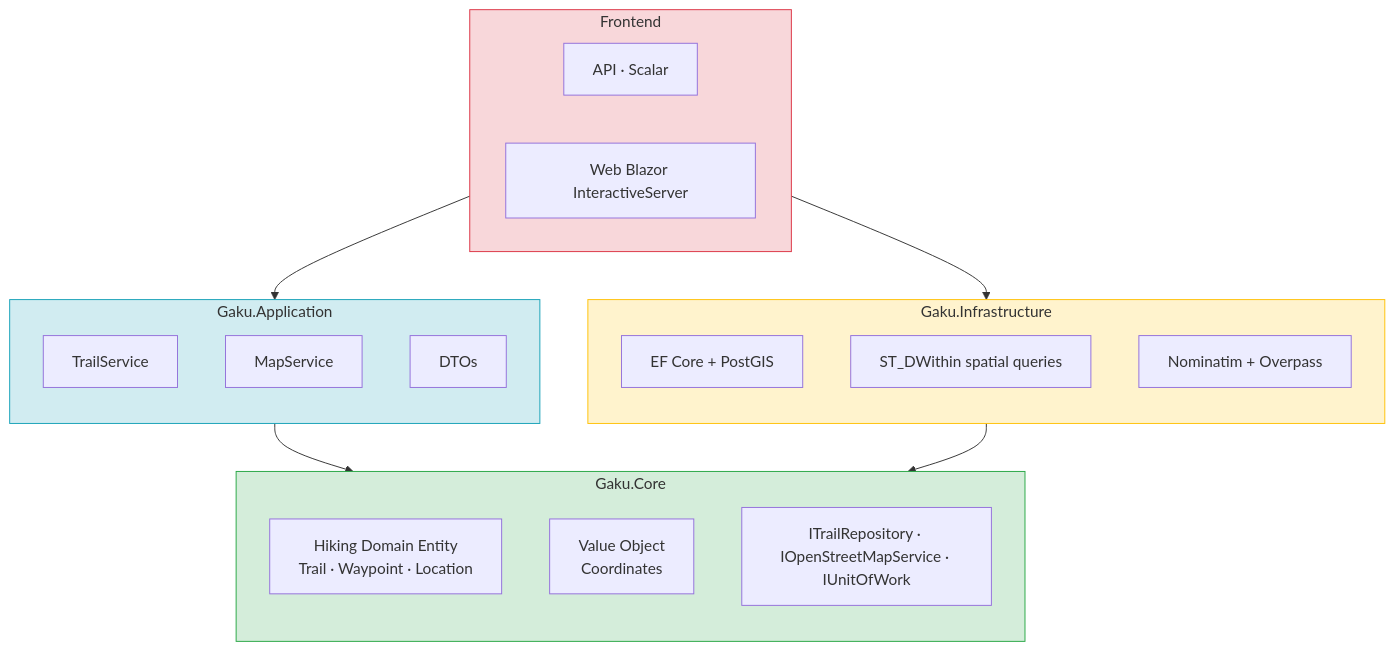
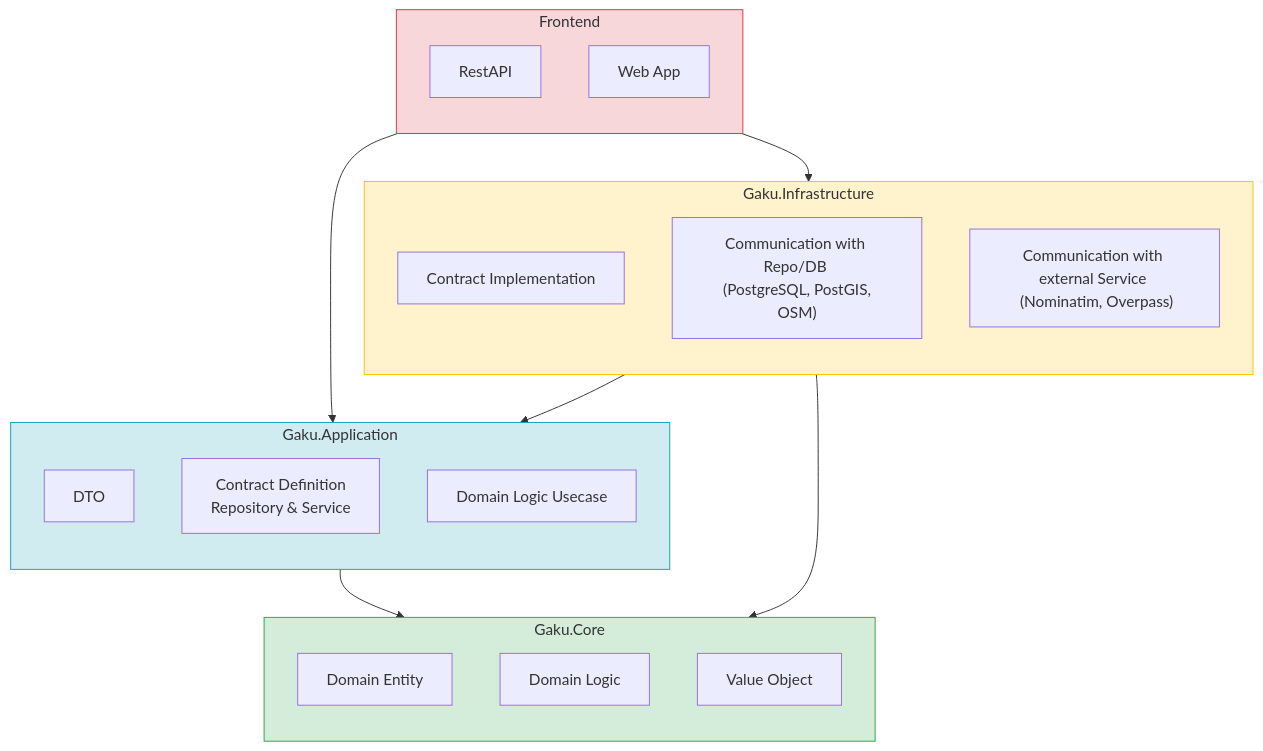
One commit to tuannamtruong/Gaku changed the first of 4 diagrams in docs/software-architecture.md. Above: the diagram before and after it, drawn with Mermaid. The commit also changed other lines of this file, not shown here.

Commit message:
Update the software architecture doc.

````diff
--- a/docs/software-architecture.md
+++ b/docs/software-architecture.md
@@ -5,39 +5,40 @@
 ```mermaid
 graph TD
   subgraph Hosts["Frontend"]
-    direction LR
-    API["API · Scalar"]
-    Web["Web Blazor InteractiveServer"]
+    direction TB
+    API["RestAPI"]
+    Web["Web App"]
   end
 
   subgraph Infra["Gaku.Infrastructure"]
     direction TB
-    DB["EF Core + PostGIS"]
-    Repo["ST_DWithin spatial queries"]
-    OSMSvc["Nominatim + Overpass"]
+    ContractImp["Contract Implementation"]
+    DB["Communication with Repo/DB \n (PostgreSQL, PostGIS, OSM)"]
+    OSMSvc["Communication with external Service \n (Nominatim, Overpass)"]
   end
 
   subgraph App["Gaku.Application"]
     direction TB
-    TrailSvc["TrailService"]
-    MapSvc["MapService"]
-    DTOs["DTOs"]
+    DTOs["DTO"]
+    ContractDef["Contract Definition \n Repository & Service"]
+    UseCase["Domain Logic Usecase"]
   end
 
   subgraph Core["Gaku.Core"]
     direction TB
-    Entity["Hiking Domain Entity \nTrail&nbsp;·&nbsp;Waypoint&nbsp;·&nbsp;Location"]
-    ValueObject["Value Object \n Coordinates"]
-    Inf["ITrailRepository · IOpenStreetMapService · IUnitOfWork"]
+    Entity["Domain Entity"]
+    DomainLogic["Domain Logic"]
+    ValueObject["Value Object"]
   end
 
   App -->| | Core
+  Infra -->| | App
   Infra -->| | Core
   Hosts -->| | App
   Hosts -->| | Infra
 
   style Core fill:#d4edda,stroke:#28a745
   style App fill:#d1ecf1,stroke:#17a2b8
   style Infra fill:#fff3cd,stroke:#ffc107
   style Hosts fill:#f8d7da,stroke:#dc3545
 ```
````
